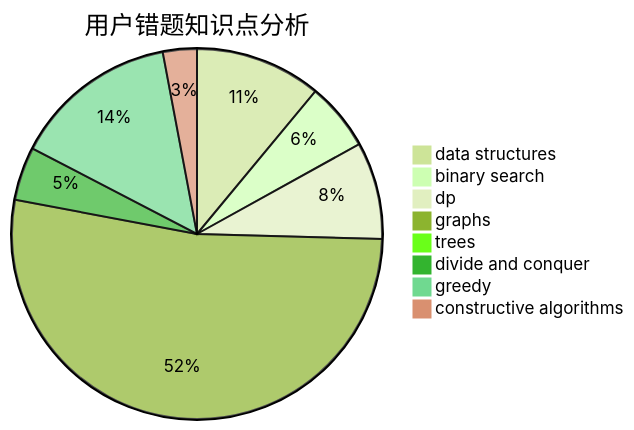
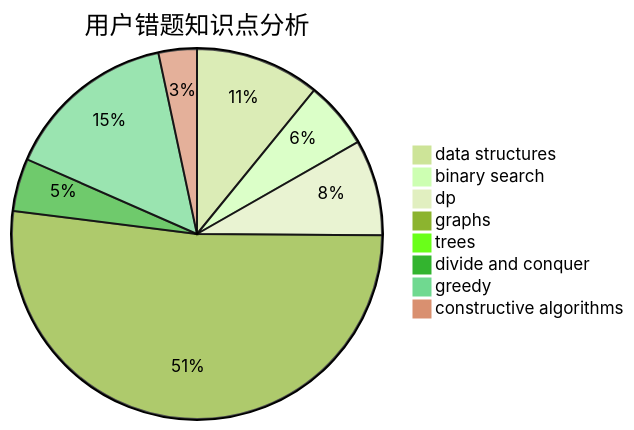
Before and after one commit to sherpahu/cfrs.github.io: the third of 3 diagrams in docs/user/u740.md, drawn with Mermaid (forest theme). The commit also changed other lines of this file and 2770 other files, not shown here.

````diff
--- a/docs/user/u740.md
+++ b/docs/user/u740.md
@@ -36,11 +36,11 @@
 ```mermaid
 pie title 用户错题知识点分析
     "data structures" :  26
     "binary search" :  14
     "dp" :  20
     "graphs" :  124
     "trees" :  2
     "divide and conquer" :  11
-    "greedy" :  34
-    "constructive algorithms" :  7
+    "greedy" :  36
+    "constructive algorithms" :  8
 ```
````
